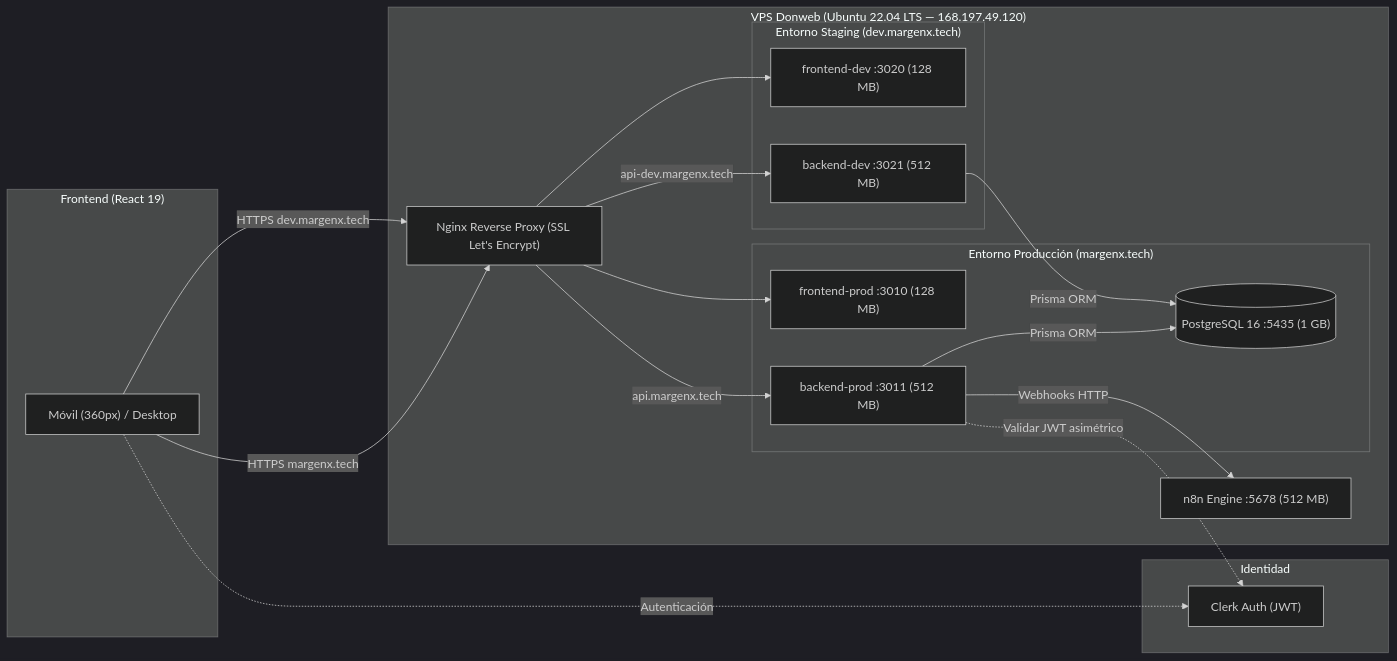
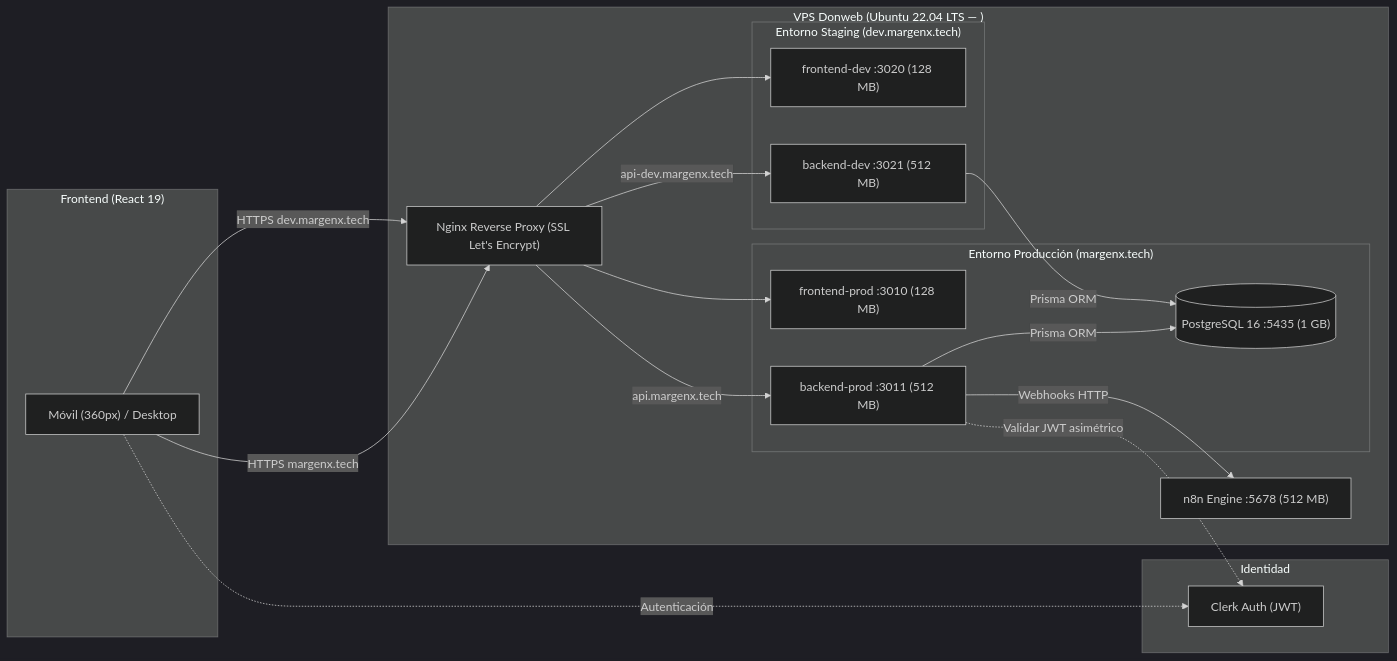
The second of 2 diagrams in docs/entregables/entrega-pps-sprint-3.md (dgimenezdeveloper/margenx), drawn with Mermaid (dark theme) before and after one commit. The commit also changed 6 other files, not shown here.

````diff
--- a/docs/entregables/entrega-pps-sprint-3.md
+++ b/docs/entregables/entrega-pps-sprint-3.md
@@ -165,40 +165,40 @@
 ```mermaid
 graph LR
     subgraph CLIENTE ["Frontend (React 19)"]
         Browser["Móvil (360px) / Desktop"]
     end
     subgraph IDP ["Identidad"]
         Clerk["Clerk Auth (JWT)"]
     end
-    subgraph VPS ["VPS Donweb (Ubuntu 22.04 LTS — 168.197.49.120)"]
+    subgraph VPS ["VPS Donweb (Ubuntu 22.04 LTS — <VPS_IP>)"]
         Nginx["Nginx Reverse Proxy (SSL Let's Encrypt)"]
         
         subgraph PROD ["Entorno Producción (margenx.tech)"]
             FrontP["frontend-prod :3010 (128 MB)"]
             BackP["backend-prod :3011 (512 MB)"]
             DB_P[("PostgreSQL 16 :5435 (1 GB)")]
         end
         
         subgraph STAGING ["Entorno Staging (dev.margenx.tech)"]
             FrontS["frontend-dev :3020 (128 MB)"]
             BackS["backend-dev :3021 (512 MB)"]
         end
         
         N8N["n8n Engine :5678 (512 MB)"]
     end
     
     Browser -->|"HTTPS margenx.tech"| Nginx
     Browser -->|"HTTPS dev.margenx.tech"| Nginx
     Browser -.->|Autenticación| Clerk
     
     Nginx --> FrontP
     Nginx --> FrontS
     Nginx -->|"api.margenx.tech"| BackP
     Nginx -->|"api-dev.margenx.tech"| BackS
     
     BackP -->|Prisma ORM| DB_P
     BackS -->|Prisma ORM| DB_P
     
     BackP -.->|Validar JWT asimétrico| Clerk
     BackP -->|Webhooks HTTP| N8N
 ```
````
